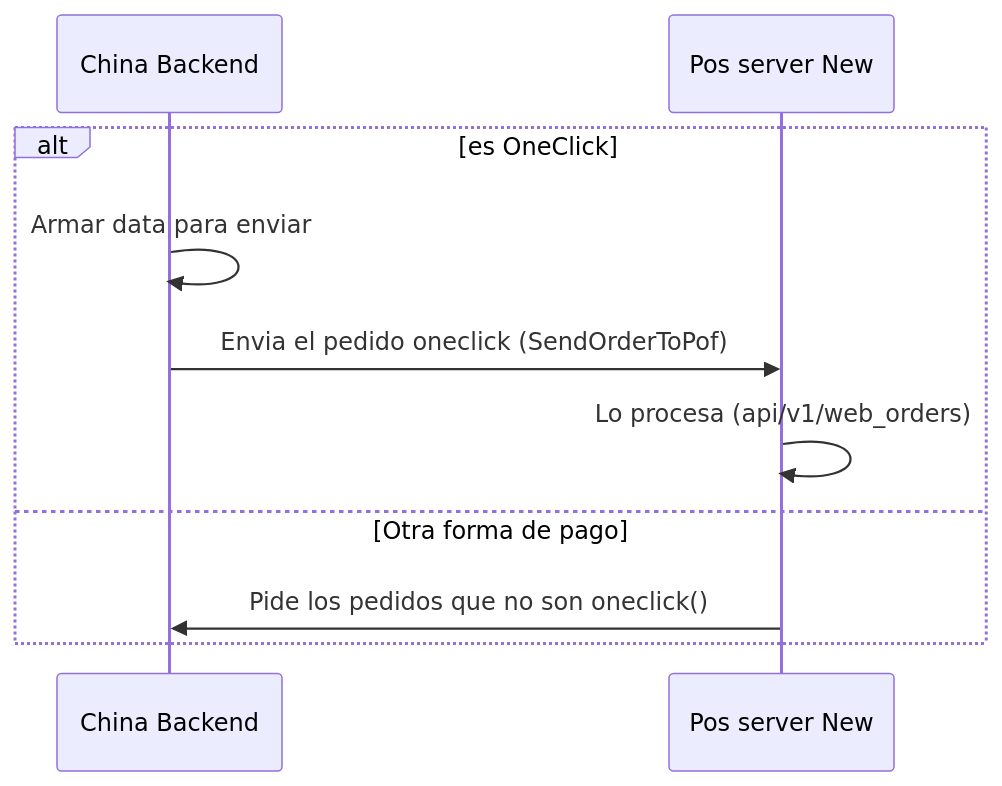
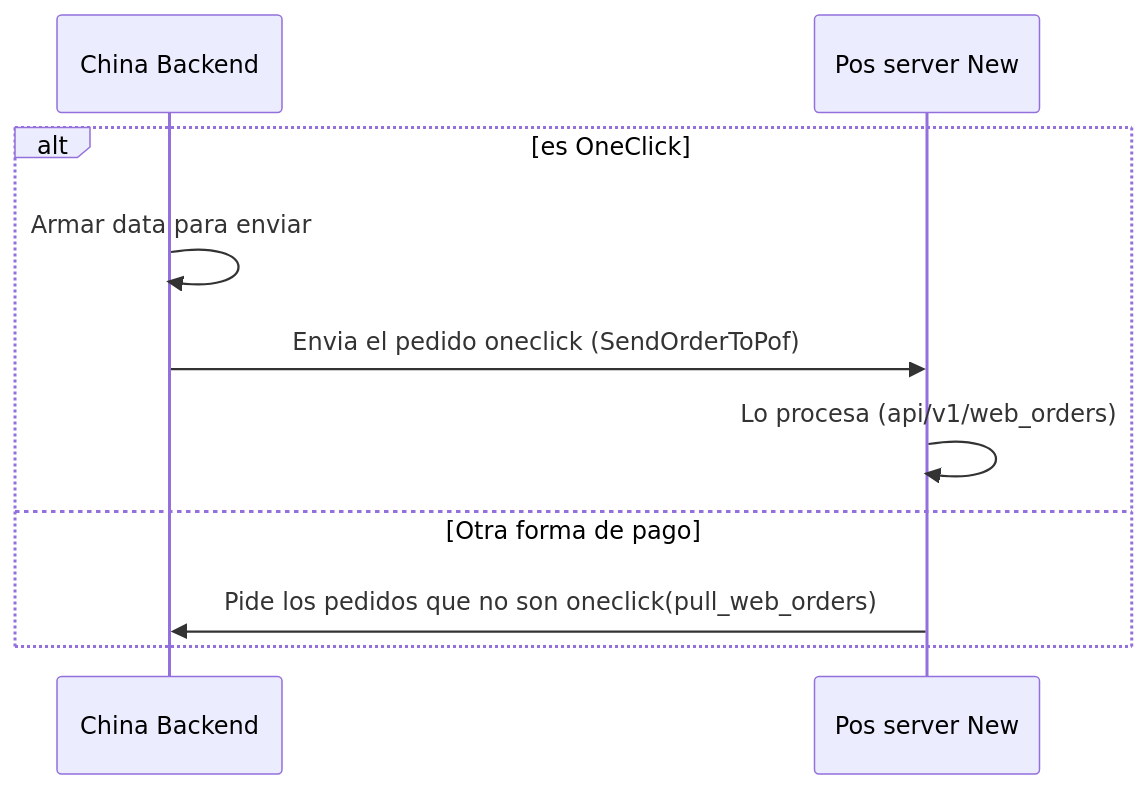
Before and after one commit to javix70/personal_obsidian: the third of 4 diagrams in 100_niufoods/03_projects/china_backend/documentation/orders/diagramns.md, drawn with Mermaid. The commit also changed other lines of this file and 5 other files, not shown here.

````diff
--- a/100_niufoods/03_projects/china_backend/documentation/orders/diagramns.md
+++ b/100_niufoods/03_projects/china_backend/documentation/orders/diagramns.md
@@ -94,14 +94,14 @@
 ```mermaid
 
 sequenceDiagram
     participant CB as China Backend
     participant PN as Pos server New
 
     alt es OneClick
 	    CB->>CB: Armar data para enviar
         CB->>PN: Envia el pedido oneclick (SendOrderToPof)
         PN->>PN: Lo procesa (api/v1/web_orders)
     else Otra forma de pago
-        PN->>CB: Pide los pedidos que no son oneclick()
+        PN->>CB: Pide los pedidos que no son oneclick(pull_web_orders)
     end
 ```
````
